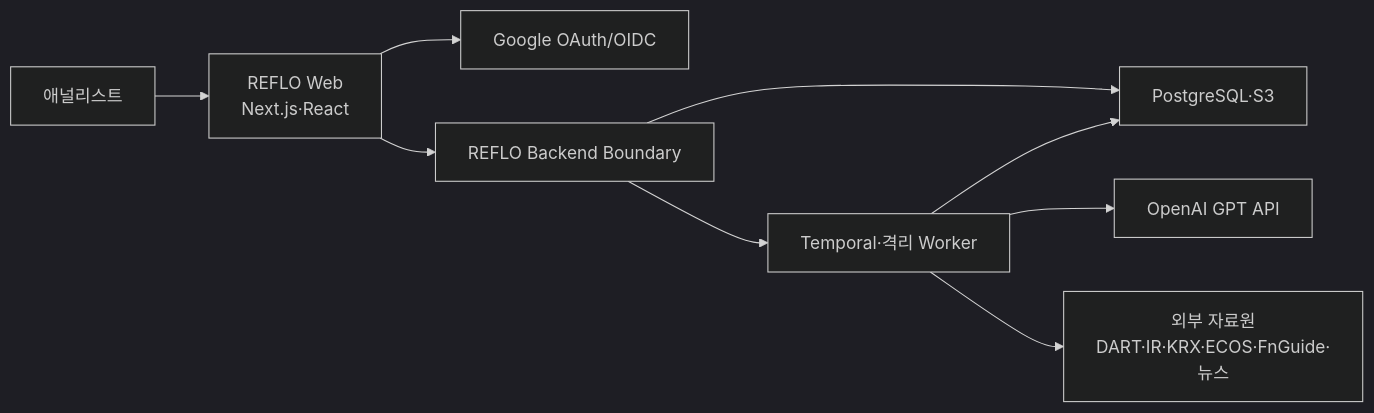
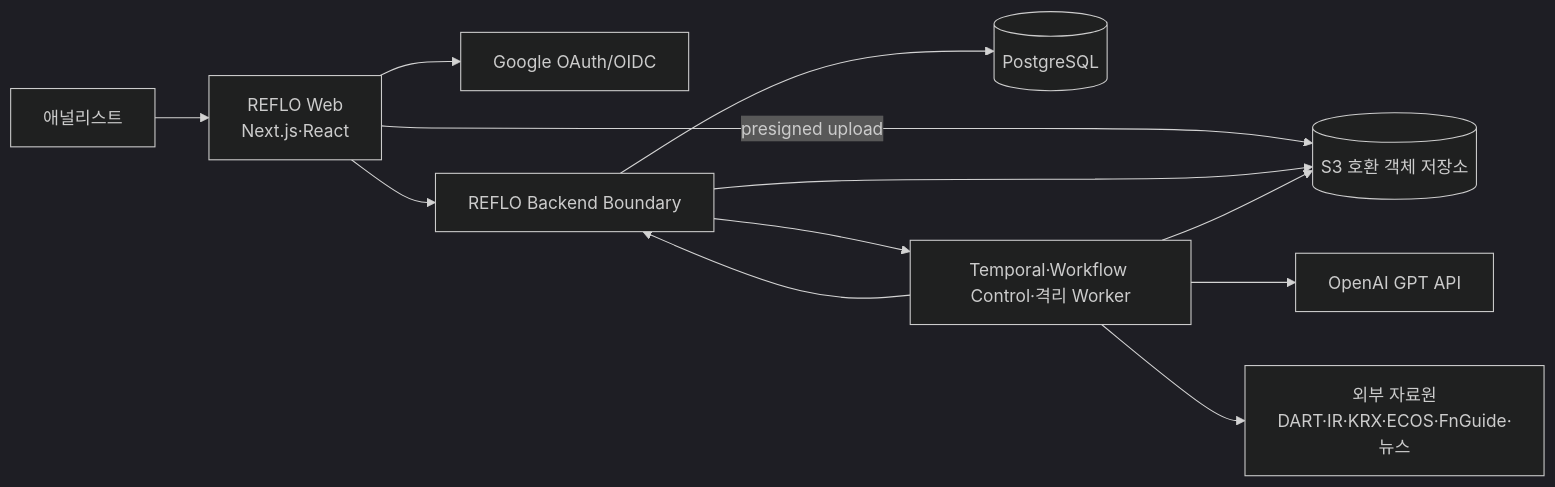
Before and after one commit to choidev777-bit/reflo_fin: the first of 5 diagrams in docs/REFLO_SYSTEM_ARCHITECTURE_v1.md, drawn with Mermaid (dark theme). The commit also changed other lines of this file and 1 other file, not shown here.

Commit message:
docs: harden system architecture boundaries

````diff
--- a/docs/REFLO_SYSTEM_ARCHITECTURE_v1.md
+++ b/docs/REFLO_SYSTEM_ARCHITECTURE_v1.md
@@ -87,20 +87,24 @@
 ```mermaid
 flowchart LR
     User["애널리스트"]
     Browser["REFLO Web<br/>Next.js·React"]
     Google["Google OAuth/OIDC"]
     OpenAI["OpenAI GPT API"]
     Sources["외부 자료원<br/>DART·IR·KRX·ECOS·FnGuide·뉴스"]
     Reflo["REFLO Backend Boundary"]
-    Storage["PostgreSQL·S3"]
-    Workers["Temporal·격리 Worker"]
+    Database[("PostgreSQL")]
+    ObjectStore[("S3 호환 객체 저장소")]
+    Workers["Temporal·Workflow Control·격리 Worker"]
 
     User --> Browser
     Browser --> Google
     Browser --> Reflo
-    Reflo --> Storage
+    Browser -->|"presigned upload"| ObjectStore
+    Reflo --> Database
+    Reflo --> ObjectStore
     Reflo --> Workers
-    Workers --> Storage
+    Workers --> Reflo
+    Workers --> ObjectStore
     Workers --> OpenAI
     Workers --> Sources
 ```
````
